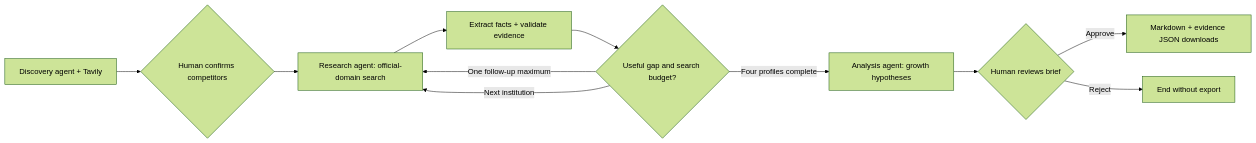
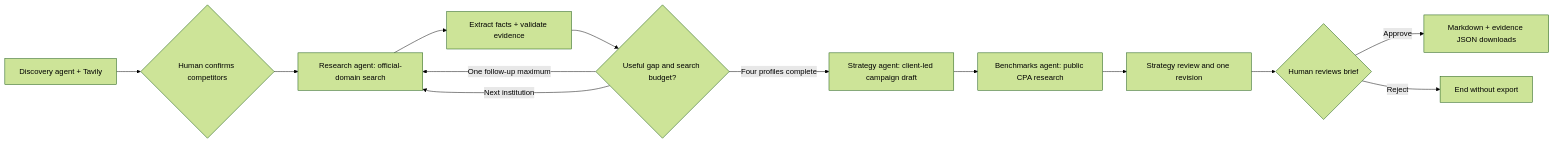
One commit to Chandra-P/bank-cu-growth-agent changed the diagram in README.md. Above: the diagram before and after it, drawn with Mermaid (forest theme). The commit also changed other lines of this file and 20 other files, not shown here.

Commit message:
Add four-agent workflow, strategy revision and usage cost panel

````diff
--- a/README.md
+++ b/README.md
@@ -41,13 +41,15 @@
 ```mermaid
 flowchart LR
     A[Discovery agent + Tavily] --> B{Human confirms competitors}
     B --> C[Research agent: official-domain search]
     C --> D[Extract facts + validate evidence]
     D --> E{Useful gap and search budget?}
     E -->|One follow-up maximum| C
     E -->|Next institution| C
-    E -->|Four profiles complete| F[Analysis agent: growth hypotheses]
-    F --> G{Human reviews brief}
+    E -->|Four profiles complete| F[Strategy agent: client-led campaign draft]
+    F --> J[Benchmarks agent: public CPA research]
+    J --> K[Strategy review and one revision]
+    K --> G{Human reviews brief}
     G -->|Approve| H[Markdown + evidence JSON downloads]
     G -->|Reject| I[End without export]
 ```
````
